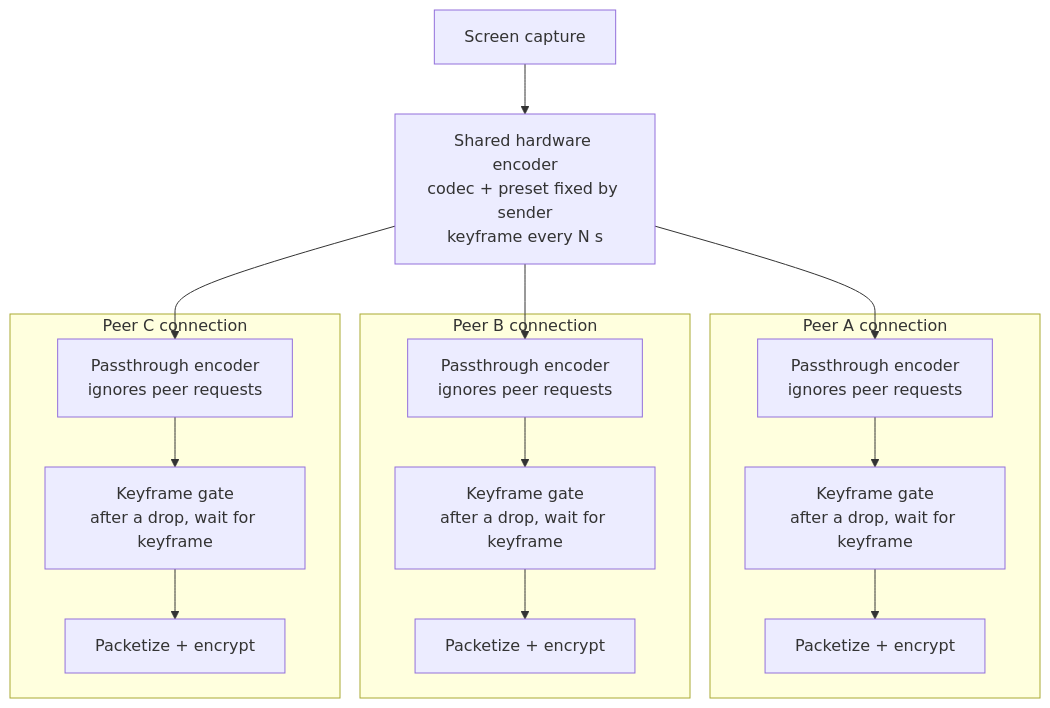
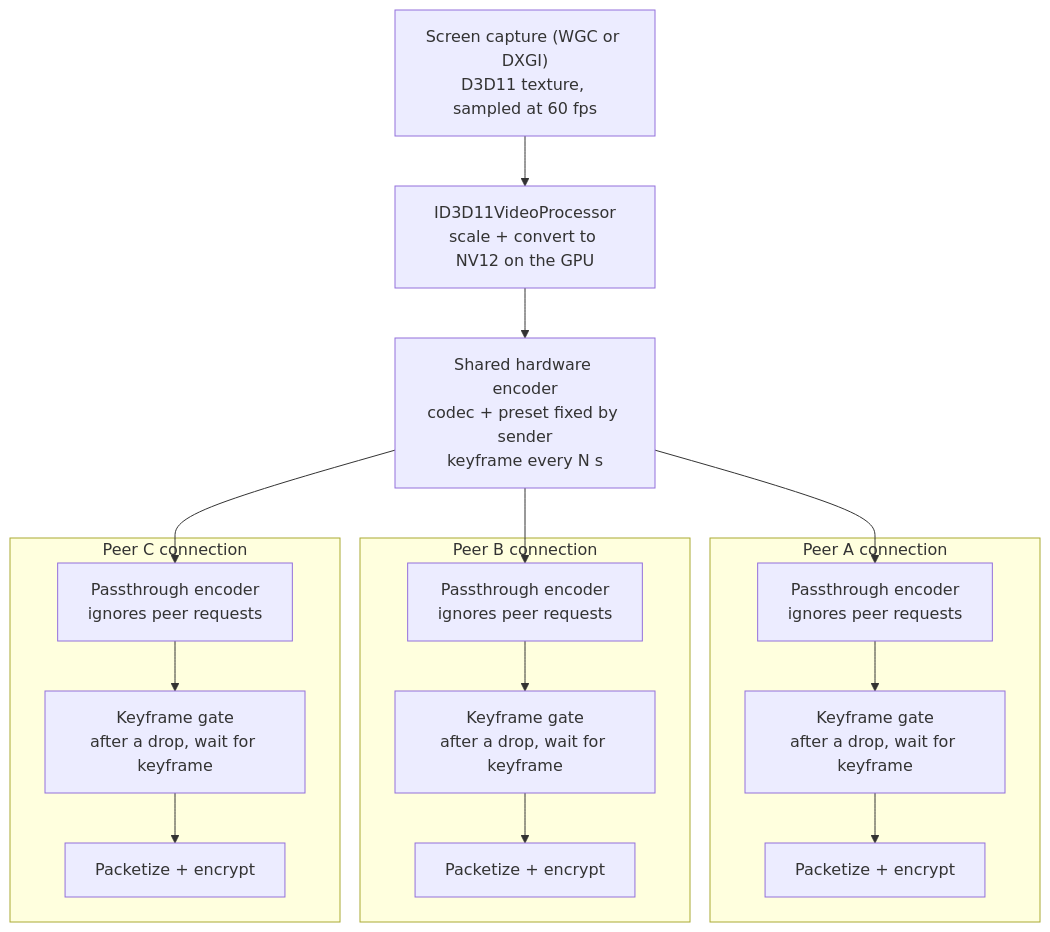
The diagram in docs/plans/voice-hardware-encoding.md (xfalcox/discourse-native), drawn with Mermaid before and after one commit. The commit also changed other lines of this file, not shown here.

First line of the commit message:
DOCS: Target 3840x1080 at 60 fps from a 7680x2160 source

````diff
--- a/docs/plans/voice-hardware-encoding.md
+++ b/docs/plans/voice-hardware-encoding.md
@@ -141,16 +165,17 @@
 ```mermaid
 flowchart TD
-  capture[Screen capture] --> encoder["Shared hardware encoder<br/>codec + preset fixed by sender<br/>keyframe every N s"]
+  capture["Screen capture (WGC or DXGI)<br/>D3D11 texture, sampled at 60 fps"] --> scale["ID3D11VideoProcessor<br/>scale + convert to NV12 on the GPU"]
+  scale --> encoder["Shared hardware encoder<br/>codec + preset fixed by sender<br/>keyframe every N s"]
   encoder --> passA
   encoder --> passB
   encoder --> passC
   subgraph peerA[Peer A connection]
     passA["Passthrough encoder<br/>ignores peer requests"] --> gateA["Keyframe gate<br/>after a drop, wait for keyframe"] --> rtpA[Packetize + encrypt]
   end
   subgraph peerB[Peer B connection]
     passB["Passthrough encoder<br/>ignores peer requests"] --> gateB["Keyframe gate<br/>after a drop, wait for keyframe"] --> rtpB[Packetize + encrypt]
   end
   subgraph peerC[Peer C connection]
     passC["Passthrough encoder<br/>ignores peer requests"] --> gateC["Keyframe gate<br/>after a drop, wait for keyframe"] --> rtpC[Packetize + encrypt]
   end
 ```
````
